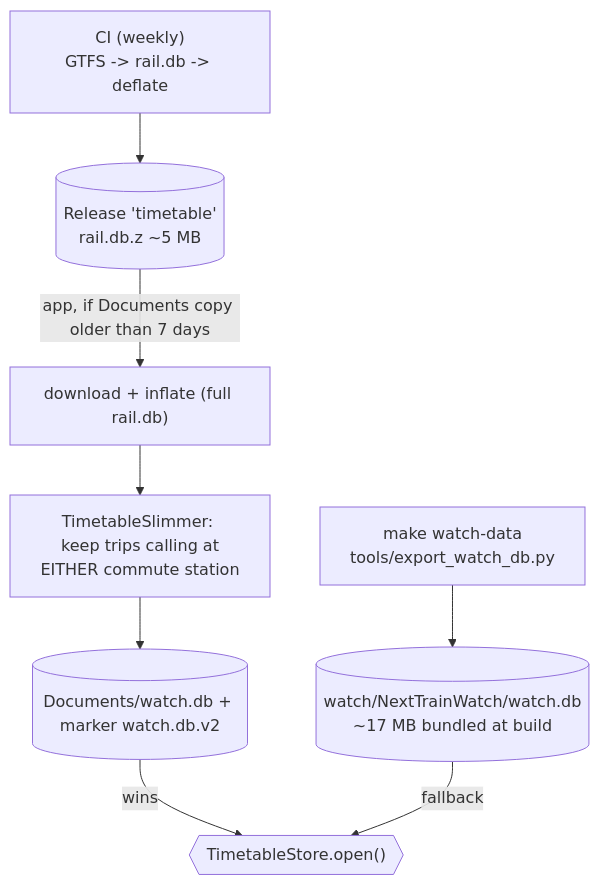
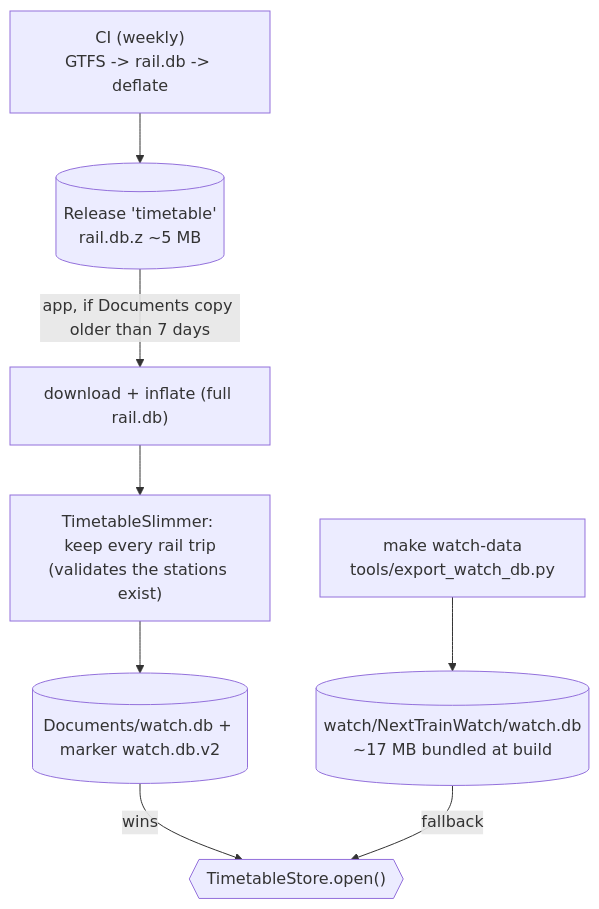
One commit to simonclur/nexttrain changed the fourth of 5 diagrams in docs/watch-app.md. Above: the diagram before and after it, drawn with Mermaid. The commit also changed other lines of this file and 10 other files, not shown here.

````diff
--- a/docs/watch-app.md
+++ b/docs/watch-app.md
@@ -168,10 +168,10 @@
 ```mermaid
 flowchart TD
     CI["CI (weekly)<br/>GTFS -> rail.db -> deflate"] --> REL[("Release 'timetable'<br/>rail.db.z ~5 MB")]
     DEV["make watch-data<br/>tools/export_watch_db.py"] --> BUN[("watch/NextTrainWatch/watch.db<br/>~17 MB bundled at build")]
     REL -->|"app, if Documents copy older than 7 days"| DL["download + inflate (full rail.db)"]
-    DL --> SL["TimetableSlimmer: keep trips calling at<br/>EITHER commute station"]
+    DL --> SL["TimetableSlimmer: keep every rail trip<br/>(validates the stations exist)"]
     SL --> DOC[("Documents/watch.db + marker watch.db.v2")]
     DOC -->|wins| OPEN{{"TimetableStore.open()"}}
     BUN -->|fallback| OPEN
 ```
````
